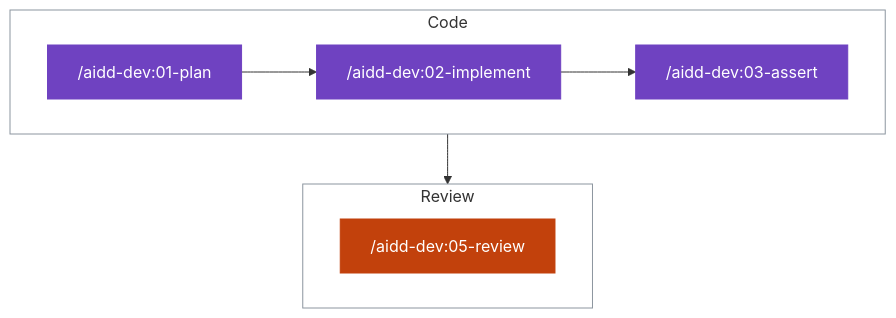
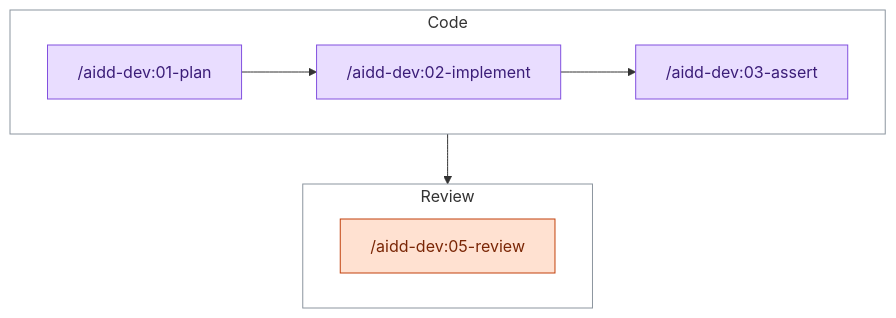
Before and after one commit to ai-driven-dev/framework: the second of 7 diagrams in docs/GUIDES.md, drawn with Mermaid. The commit also changed other lines of this file and 11 other files, not shown here.

First line of the commit message:
docs: soften diagram colors, order guides by project life, simplify compatibility and maintainers

````diff
--- a/docs/GUIDES.md
+++ b/docs/GUIDES.md
@@ -87,24 +108,24 @@
 ```mermaid
 flowchart TD
   subgraph z0["Code"]
     direction LR
     n0["/aidd-dev:01-plan"] --> n1["/aidd-dev:02-implement"] --> n2["/aidd-dev:03-assert"]
   end
   subgraph z1["Review"]
     direction LR
     n3["/aidd-dev:05-review"]
   end
   z0 --> z1
-  classDef spec fill:#0b7285,stroke:#0b7285,color:#fff
-  classDef specOpt fill:#cff4fc,stroke:#0b7285,stroke-dasharray:4 3,color:#0b4a57
-  classDef code fill:#6f42c1,stroke:#6f42c1,color:#fff
-  classDef codeOpt fill:#e9ddff,stroke:#6f42c1,stroke-dasharray:4 3,color:#3b1d78
-  classDef ship fill:#c2410c,stroke:#c2410c,color:#fff
-  classDef shipOpt fill:#ffe1d1,stroke:#c2410c,stroke-dasharray:4 3,color:#7a2606
-  classDef plain fill:#0969da,stroke:#0969da,color:#fff
-  classDef plainOpt fill:#ddf4ff,stroke:#0969da,stroke-dasharray:4 3,color:#0a3069
+  classDef spec fill:#cff4fc,stroke:#0b7285,color:#0b4a57
+  classDef specOpt fill:#ffffff,stroke:#0b7285,stroke-dasharray:4 3,color:#0b4a57
+  classDef code fill:#e9ddff,stroke:#8250df,color:#3b1d78
+  classDef codeOpt fill:#ffffff,stroke:#6f42c1,stroke-dasharray:4 3,color:#3b1d78
+  classDef ship fill:#ffe1d1,stroke:#c2410c,color:#7a2606
+  classDef shipOpt fill:#ffffff,stroke:#c2410c,stroke-dasharray:4 3,color:#7a2606
+  classDef plain fill:#ddf4ff,stroke:#0969da,color:#0a3069
+  classDef plainOpt fill:#ffffff,stroke:#0969da,stroke-dasharray:4 3,color:#0a3069
   class n0,n1,n2 code
   class n3 ship
   style z0 fill:none,stroke:#8c959f
   style z1 fill:none,stroke:#8c959f
 ```
````
